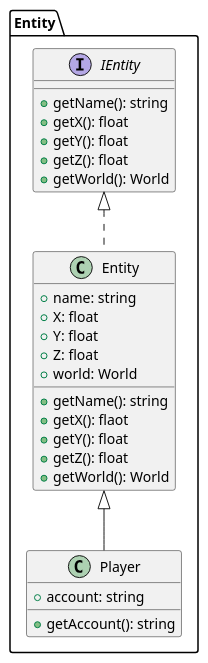
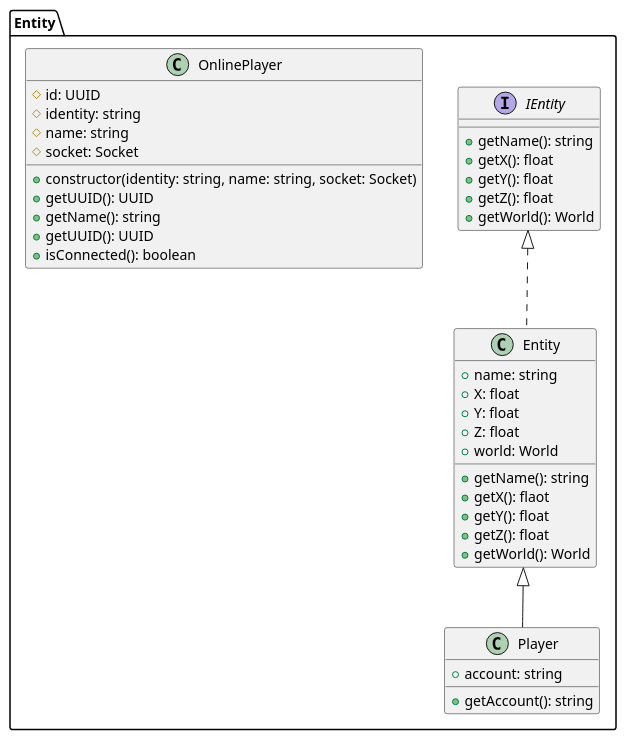
Before and after one commit to SibylForge/SibylForge: the diagram in doc/uml/class-diagram/CD-Entity.puml, drawn with PlantUML. The commit also changed 33 other files, not shown here.

```diff
--- a/doc/uml/class-diagram/CD-Entity.puml
+++ b/doc/uml/class-diagram/CD-Entity.puml
@@ -1,31 +1,43 @@
 @startuml Player
 
 namespace Entity {
     interface IEntity {
         +getName(): string
         +getX(): float
         +getY(): float
         +getZ(): float
         +getWorld(): World
     }
 
     class Entity implements IEntity {
         +name: string
         +X: float
         +Y: float
         +Z: float
         +world: World
         +getName(): string
         +getX(): flaot
         +getY(): float
         +getZ(): float
         +getWorld(): World
     }
 
     class Player extends Entity {
         +account: string
         +getAccount(): string
     }
+
+		class OnlinePlayer {
+			#id: UUID
+			#identity: string
+			#name: string
+			#socket: Socket
+			+constructor(identity: string, name: string, socket: Socket)
+			+getUUID(): UUID
+			+getName(): string
+			+getUUID(): UUID
+			+isConnected(): boolean
+		}
 }
 
 @enduml
```
